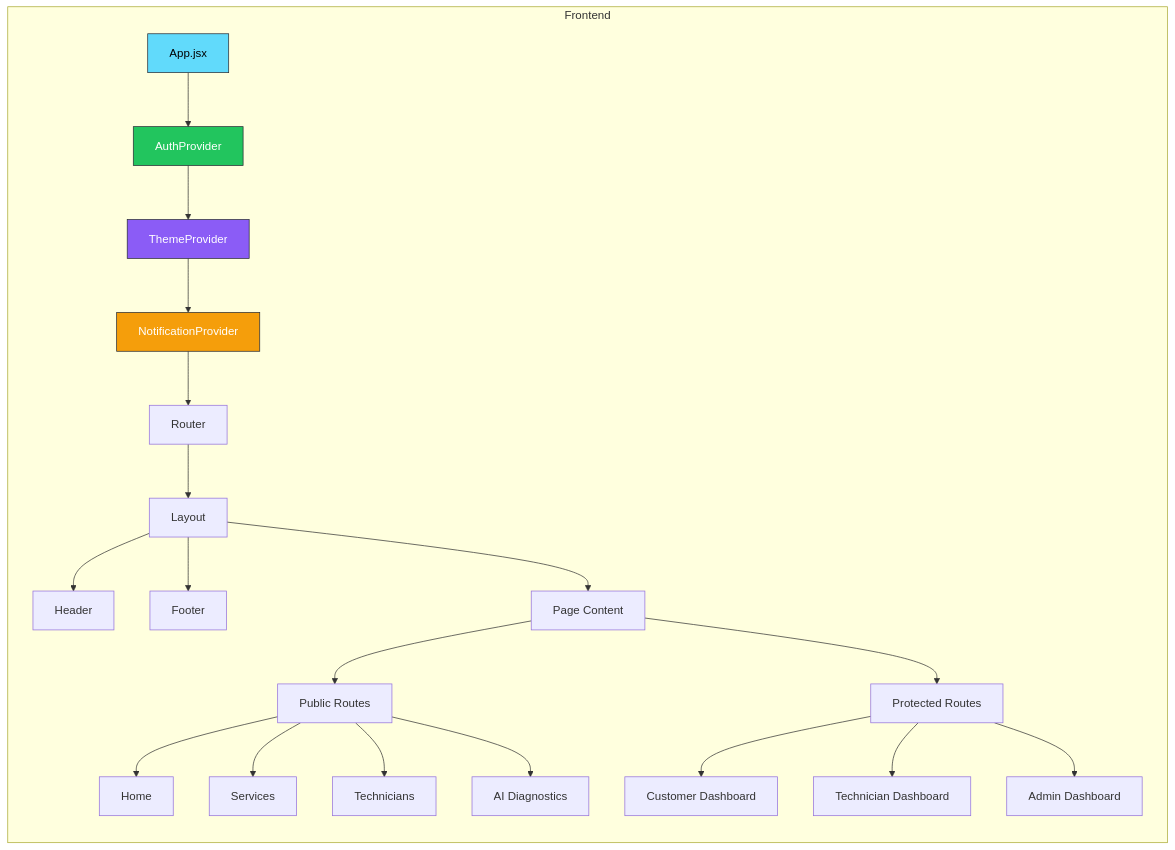
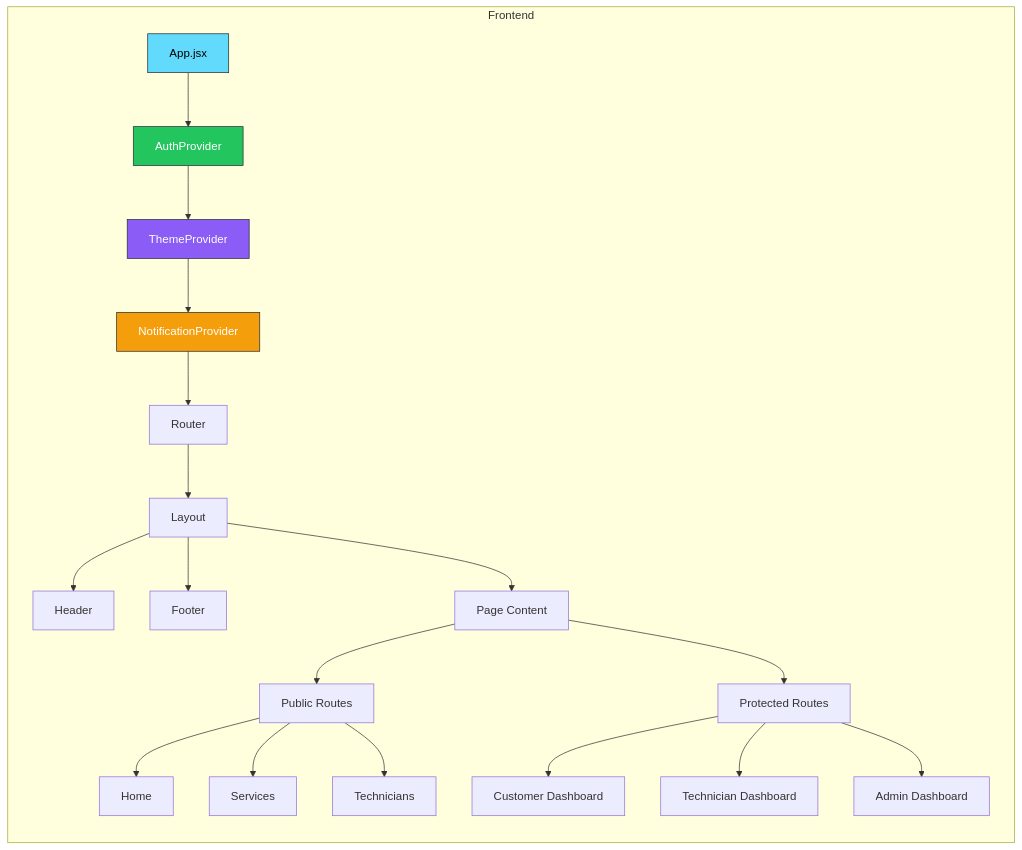
The second of 12 diagrams in README.md (Irchika774/Tech-Care_official), drawn with Mermaid before and after one commit. The commit also changed other lines of this file, not shown here.

Commit message:
docs: fix diagrams rendering and remove AI Diagnostics mentions

````diff
--- a/README.md
+++ b/README.md
@@ -115,31 +114,30 @@
 ```mermaid
 graph LR
     subgraph Frontend
         A[App.jsx] --> B[AuthProvider]
         B --> C[ThemeProvider]
         C --> D[NotificationProvider]
         D --> E[Router]
         
         E --> F[Layout]
         F --> G[Header]
         F --> H[Footer]
         F --> I[Page Content]
         
         I --> J[Public Routes]
         I --> K[Protected Routes]
         
         J --> J1[Home]
         J --> J2[Services]
         J --> J3[Technicians]
-        J --> J4[AI Diagnostics]
         
         K --> K1[Customer Dashboard]
         K --> K2[Technician Dashboard]
         K --> K3[Admin Dashboard]
     end
     
     style A fill:#61dafb,stroke:#282c34,color:#000
     style B fill:#22c55e,stroke:#282c34,color:#fff
     style C fill:#8b5cf6,stroke:#282c34,color:#fff
     style D fill:#f59e0b,stroke:#282c34,color:#fff
 ```
````
